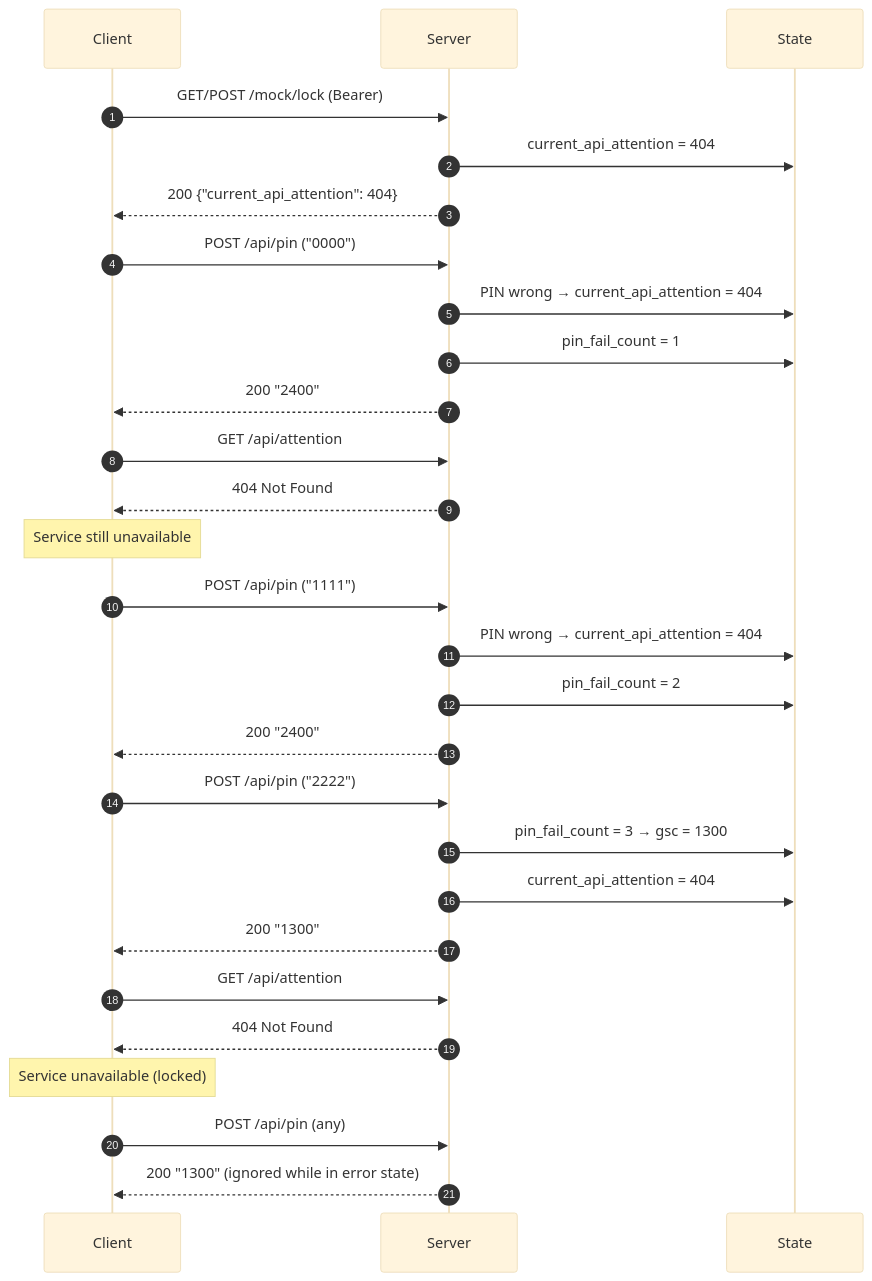
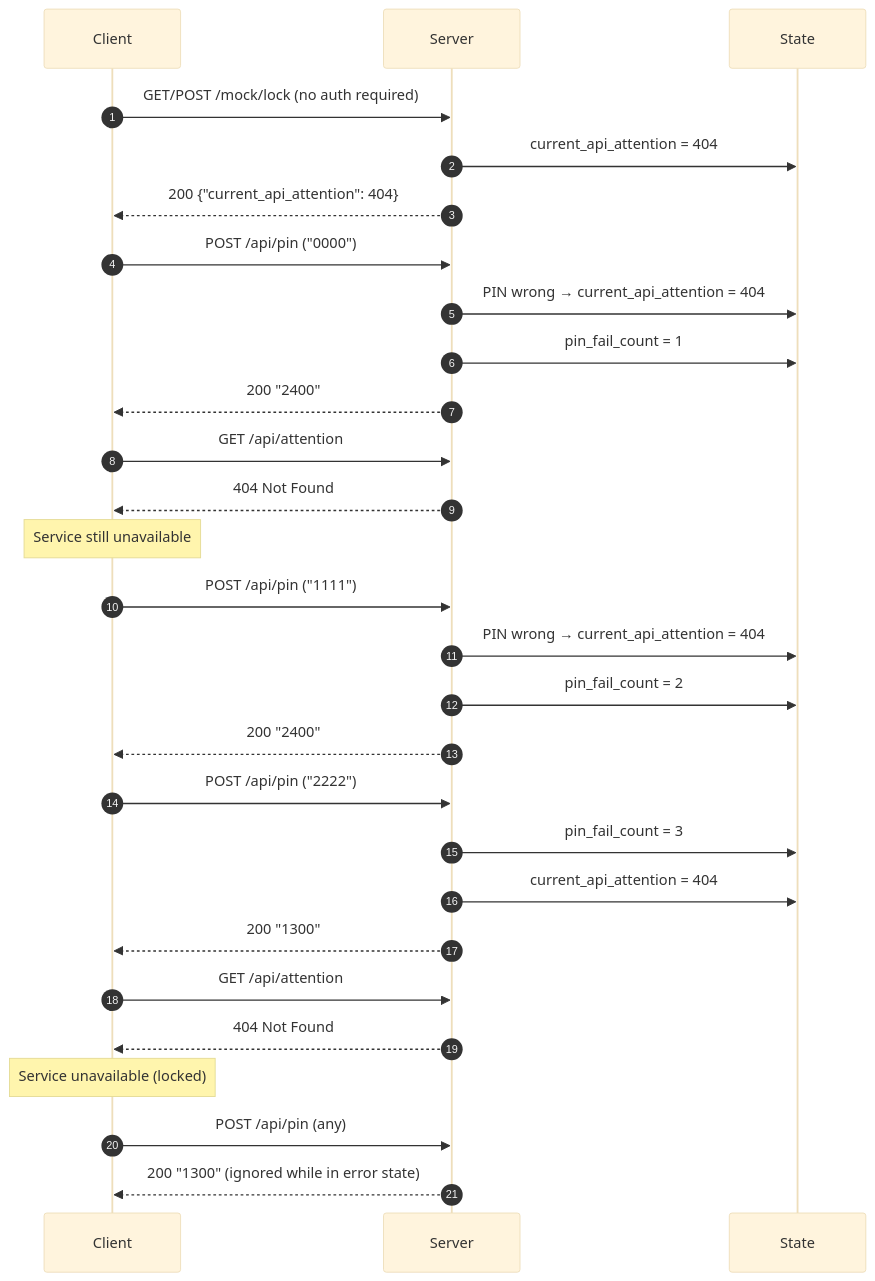
One commit to bringout/ofs-mockup-srv changed the fifth of 8 diagrams in doc/SEQUENCES.md. Above: the diagram before and after it, drawn with Mermaid (base theme). The commit also changed other lines of this file, not shown here.

First line of the commit message:
Update sequence diagrams to remove GSC references and show no-auth mock endpoints

````diff
--- a/doc/SEQUENCES.md
+++ b/doc/SEQUENCES.md
@@ -75,37 +96,37 @@
 ```mermaid
 sequenceDiagram
     autonumber
     participant C as Client
     participant S as Server
     participant ST as State
 
-    C->>S: GET/POST /mock/lock (Bearer)
+    C->>S: GET/POST /mock/lock (no auth required)
     S->>ST: current_api_attention = 404
     S-->>C: 200 {"current_api_attention": 404}
 
     C->>S: POST /api/pin ("0000")
     S->>ST: PIN wrong → current_api_attention = 404
     S->>ST: pin_fail_count = 1
     S-->>C: 200 "2400"
 
     C->>S: GET /api/attention
     S-->>C: 404 Not Found
     Note over C: Service still unavailable
 
     C->>S: POST /api/pin ("1111")
     S->>ST: PIN wrong → current_api_attention = 404
     S->>ST: pin_fail_count = 2
     S-->>C: 200 "2400"
 
     C->>S: POST /api/pin ("2222")
-    S->>ST: pin_fail_count = 3 → gsc = 1300
+    S->>ST: pin_fail_count = 3
     S->>ST: current_api_attention = 404
     S-->>C: 200 "1300"
 
     C->>S: GET /api/attention
     S-->>C: 404 Not Found
     Note over C: Service unavailable (locked)
 
     C->>S: POST /api/pin (any)
     S-->>C: 200 "1300" (ignored while in error state)
 ```
````
